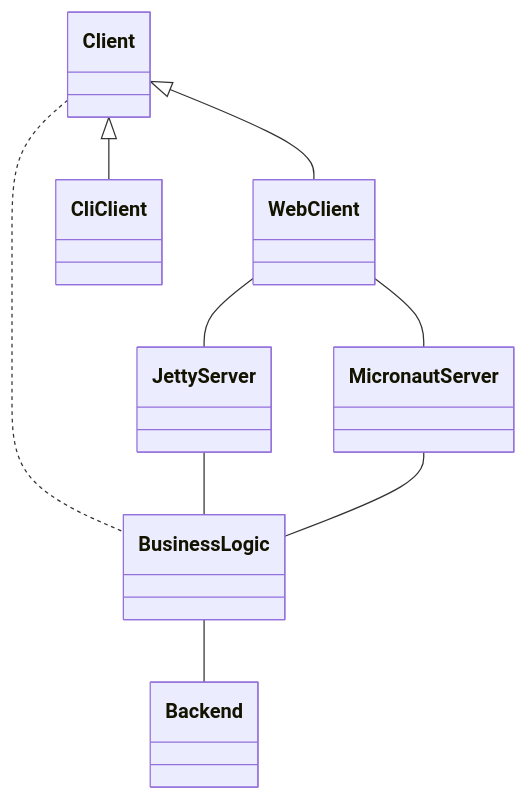
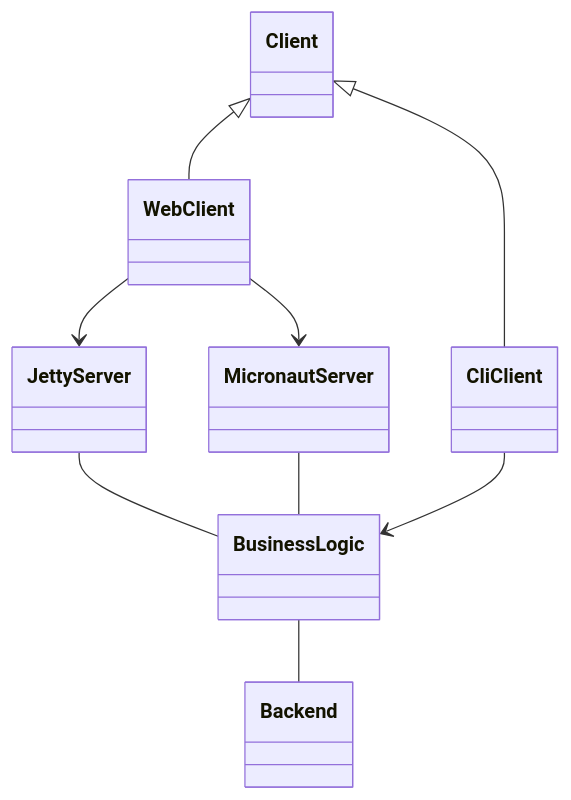
The second of 2 diagrams in readme.md (jaokim/inside-java-dumpster), drawn with Mermaid before and after one commit. The commit also changed other lines of this file, not shown here.

Commit message:
Updated graph for test

````diff
--- a/readme.md
+++ b/readme.md
@@ -14,11 +31,11 @@
 ```mermaid
 classDiagram
 Client <|-- WebClient
 Client <|-- CliClient
-Client .. BusinessLogic
 JettyServer --  BusinessLogic
 MicronautServer -- BusinessLogic
-WebClient -- JettyServer
-WebClient -- MicronautServer
+WebClient --> JettyServer
+WebClient --> MicronautServer
+CliClient --> BusinessLogic
 BusinessLogic -- Backend
 ```
````
